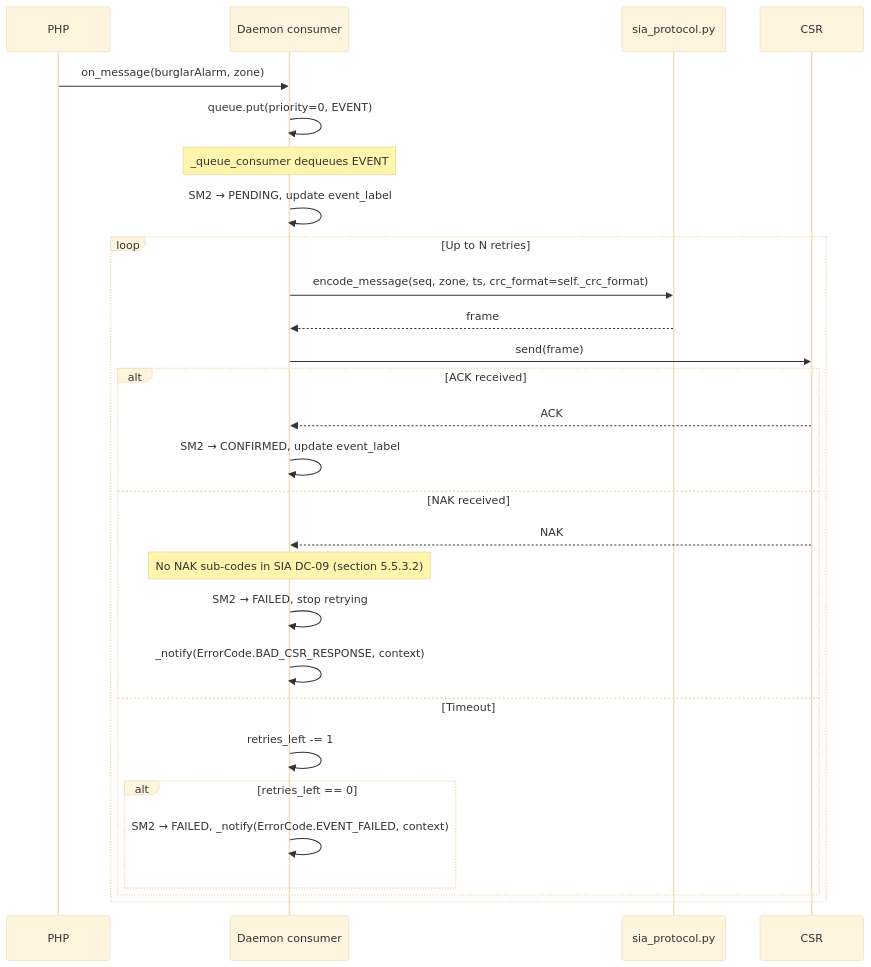
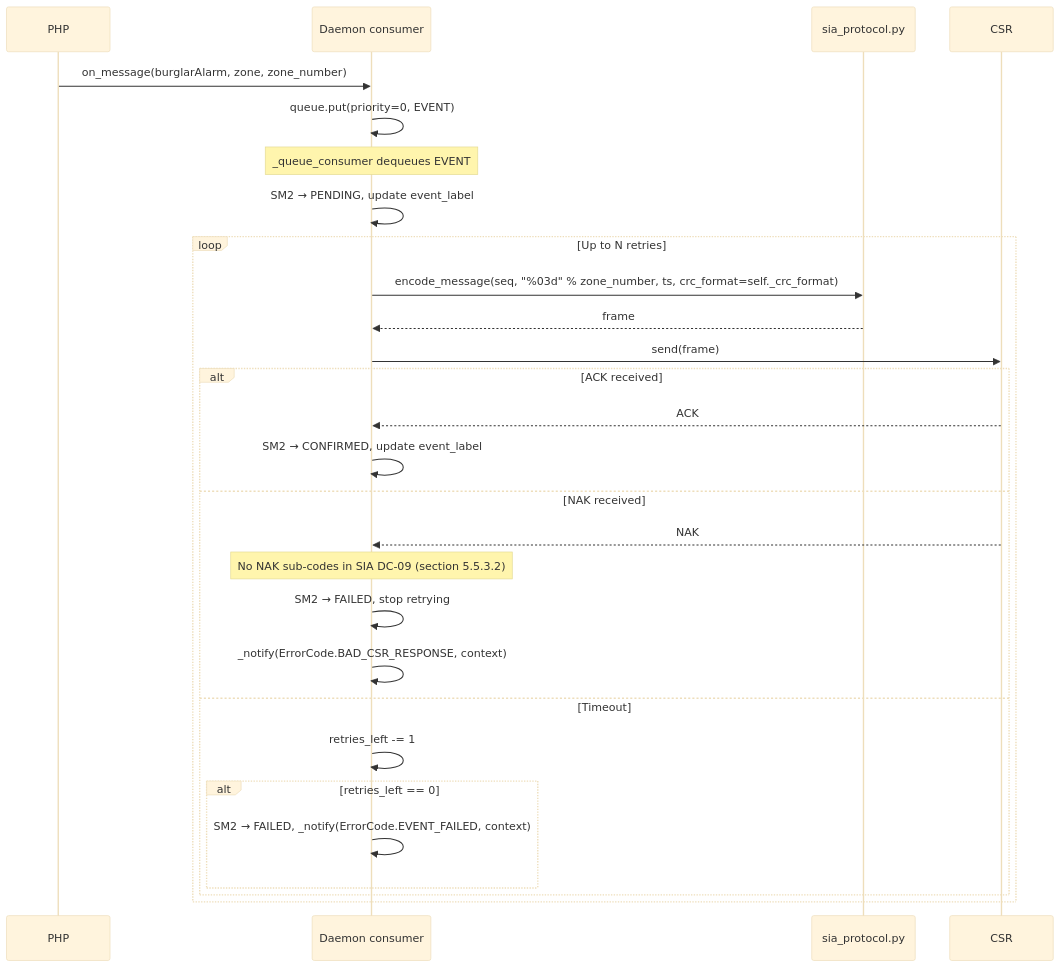
Before and after one commit to hlehoux2021/siadc09: the fifth of 6 diagrams in docs/design/daemon-design.md, drawn with Mermaid (base theme). The commit also changed other lines of this file and 20 other files, not shown here.

````diff
--- a/docs/design/daemon-design.md
+++ b/docs/design/daemon-design.md
@@ -858,33 +867,33 @@
 ```mermaid
 sequenceDiagram
     participant PHP as PHP
     participant D as Daemon consumer
     participant P as sia_protocol.py
     participant CSR as CSR
 
-    PHP->>D: on_message(burglarAlarm, zone)
+    PHP->>D: on_message(burglarAlarm, zone, zone_number)
     D->>D: queue.put(priority=0, EVENT)
     Note over D: _queue_consumer dequeues EVENT
     D->>D: SM2 → PENDING, update event_label
 
     loop Up to N retries
-        D->>P: encode_message(seq, zone, ts, crc_format=self._crc_format)
+        D->>P: encode_message(seq, "%03d" % zone_number, ts, crc_format=self._crc_format)
         P-->>D: frame
         D->>CSR: send(frame)
 
         alt ACK received
             CSR-->>D: ACK
             D->>D: SM2 → CONFIRMED, update event_label
         else NAK received
             CSR-->>D: NAK
             Note over D: No NAK sub-codes in SIA DC-09 (section 5.5.3.2)
             D->>D: SM2 → FAILED, stop retrying
             D->>D: _notify(ErrorCode.BAD_CSR_RESPONSE, context)
         else Timeout
             D->>D: retries_left -= 1
             alt retries_left == 0
                 D->>D: SM2 → FAILED, _notify(ErrorCode.EVENT_FAILED, context)
             end
         end
     end
 ```
````
